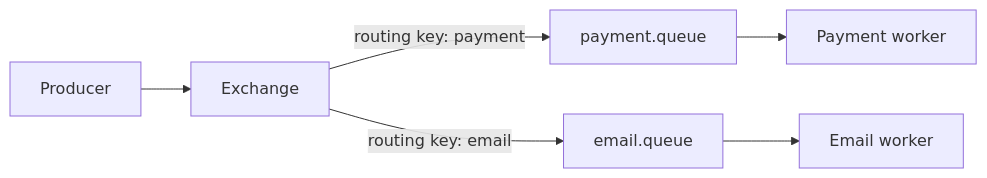
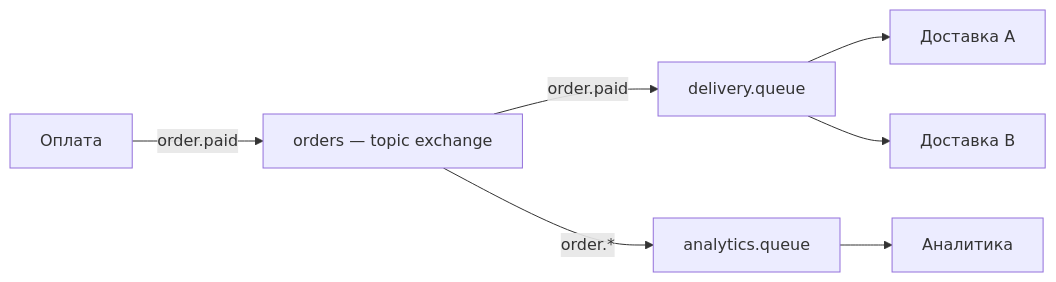
Before and after one commit to Kert0n/KPO: diagram 16 of 17 in content/lectures/Lec11/vitepress.md, drawn with Mermaid. The commit also changed other lines of this file, not shown here.

````diff
--- a/content/lectures/Lec11/vitepress.md
+++ b/content/lectures/Lec11/vitepress.md
@@ -1229,8 +1100,9 @@
 ```mermaid
 flowchart LR
-    Producer --> Exchange["Exchange"]
-    Exchange -->|"routing key: payment"| Q1["payment.queue"]
-    Exchange -->|"routing key: email"| Q2["email.queue"]
-    Q1 --> C1["Payment worker"]
-    Q2 --> C2["Email worker"]
+    P["Оплата"] -->|"order.paid"| E["orders — topic exchange"]
+    E -->|"order.paid"| Q1["delivery.queue"]
+    E -->|"order.*"| Q2["analytics.queue"]
+    Q1 --> W1["Доставка A"]
+    Q1 --> W2["Доставка B"]
+    Q2 --> N["Аналитика"]
 ```
````
